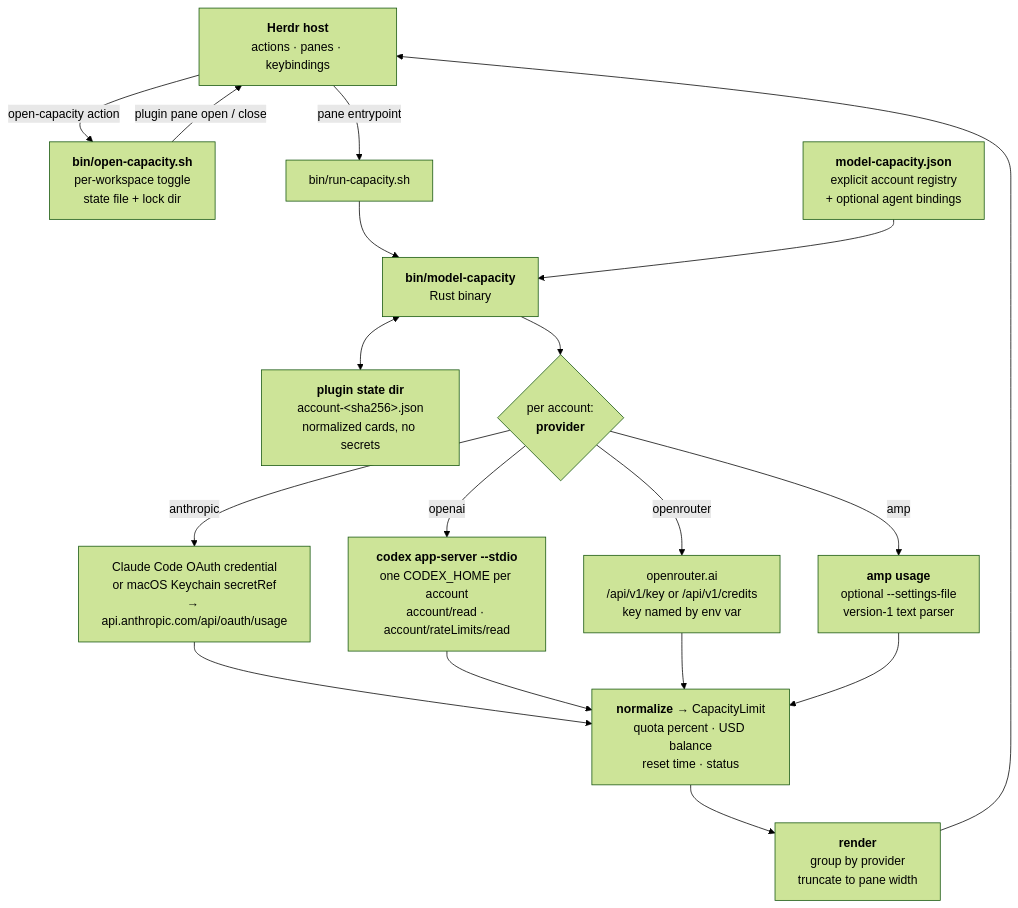
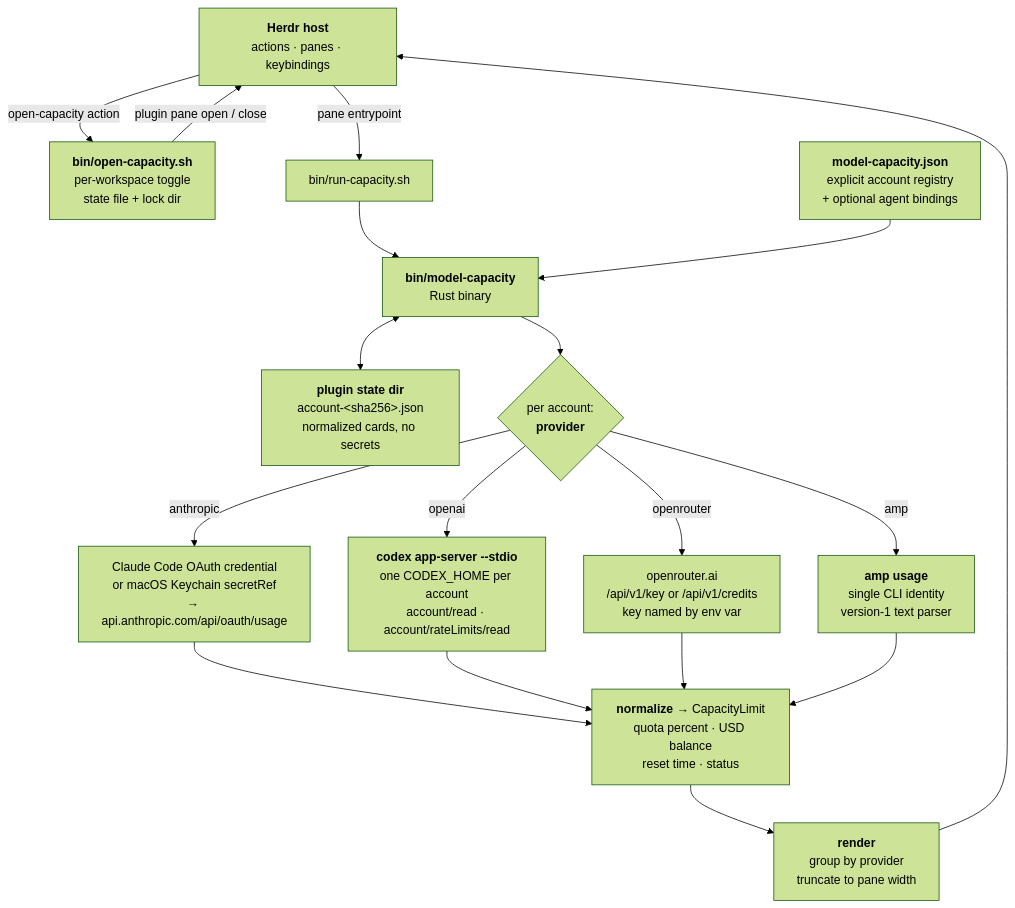
One commit to shrivatsas/herdr-model-capacity changed the first of 2 diagrams in README.md. Above: the diagram before and after it, drawn with Mermaid (forest theme). The commit also changed other lines of this file and 3 other files, not shown here.

````diff
--- a/README.md
+++ b/README.md
@@ -32,26 +32,26 @@
 ```mermaid
 flowchart TD
     A["<b>Herdr host</b><br/>actions · panes · keybindings"]
 
     A -->|"open-capacity action"| B["<b>bin/open-capacity.sh</b><br/>per-workspace toggle<br/>state file + lock dir"]
     B -->|"plugin pane open / close"| A
     A -->|"pane entrypoint"| C["bin/run-capacity.sh"]
     C --> D["<b>bin/model-capacity</b><br/>Rust binary"]
 
     R["<b>model-capacity.json</b><br/>explicit account registry<br/>+ optional agent bindings"] --> D
     D <--> S["<b>plugin state dir</b><br/>account-&lt;sha256&gt;.json<br/>normalized cards, no secrets"]
 
     D --> E{"per account:<br/><b>provider</b>"}
     E -->|anthropic| F["Claude Code OAuth credential<br/>or macOS Keychain secretRef<br/>→ api.anthropic.com/api/oauth/usage"]
     E -->|openai| G["<b>codex app-server --stdio</b><br/>one CODEX_HOME per account<br/>account/read · account/rateLimits/read"]
     E -->|openrouter| H["openrouter.ai<br/>/api/v1/key or /api/v1/credits<br/>key named by env var"]
-    E -->|amp| I["<b>amp usage</b><br/>optional --settings-file<br/>version-1 text parser"]
+    E -->|amp| I["<b>amp usage</b><br/>single CLI identity<br/>version-1 text parser"]
 
     F --> J
     G --> J
     H --> J
     I --> J["<b>normalize</b> → CapacityLimit<br/>quota percent · USD balance<br/>reset time · status"]
 
     J --> K["<b>render</b><br/>group by provider<br/>truncate to pane width"]
     K --> A
 ```
````
